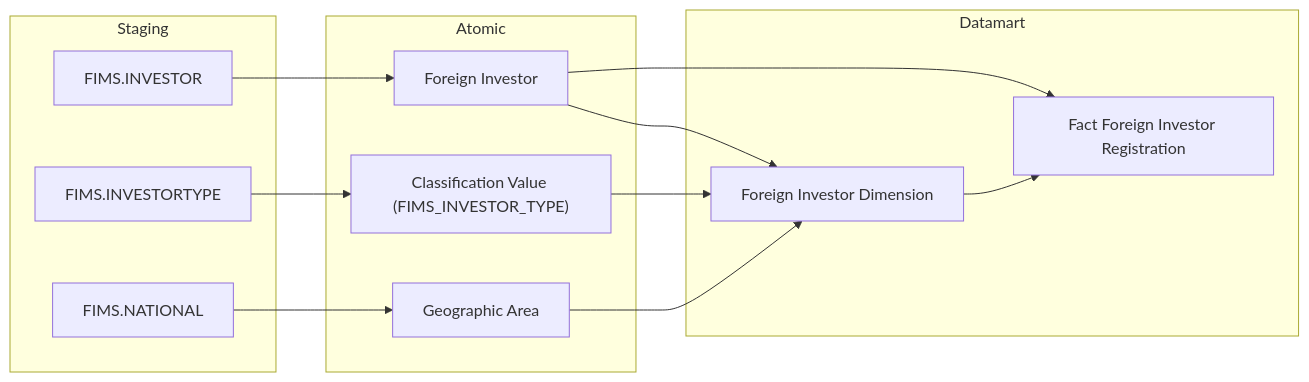
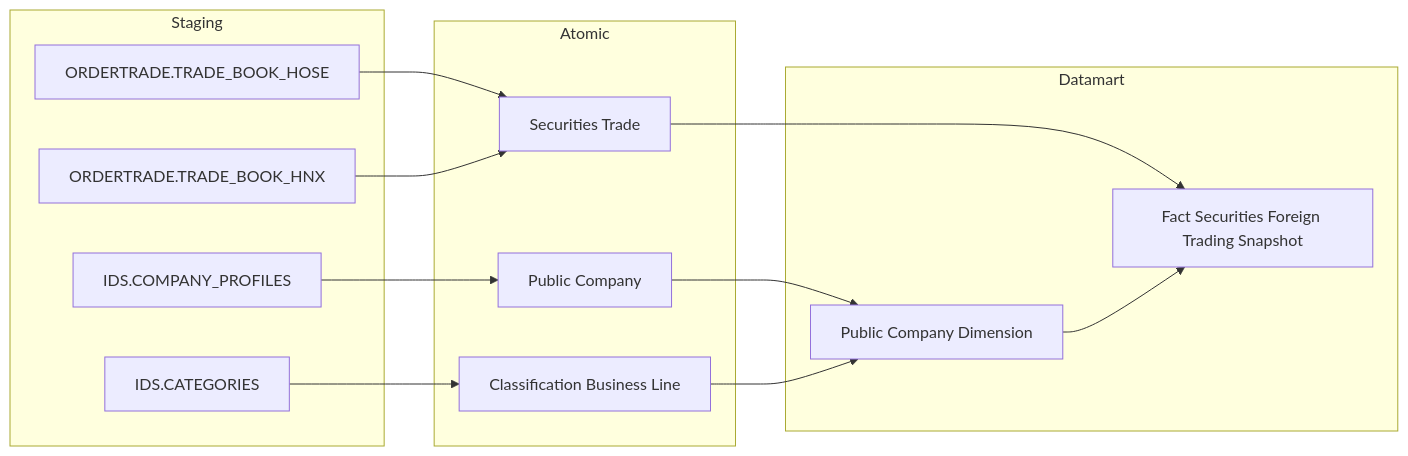
The first of 28 diagrams in Datamart/hld/DTM_NDTNN_HLD.md (linhlvit/ubck_atomic_design), drawn with Mermaid before and after one commit. The commit also changed other lines of this file and 9 other files, not shown here.

````diff
--- a/Datamart/hld/DTM_NDTNN_HLD.md
+++ b/Datamart/hld/DTM_NDTNN_HLD.md
@@ -23,30 +23,30 @@
 ```mermaid
 flowchart LR
     subgraph SRC["Staging"]
-        S1["FIMS.INVESTOR"]
-        S2["FIMS.INVESTORTYPE"]
-        S3["FIMS.NATIONAL"]
+        S1["ORDERTRADE.TRADE_BOOK_HOSE"]
+        S2["ORDERTRADE.TRADE_BOOK_HNX"]
+        S3["IDS.COMPANY_PROFILES"]
+        S4["IDS.CATEGORIES"]
     end
 
     subgraph SIL["Atomic"]
-        SV1["Foreign Investor"]
-        SV2["Classification Value (FIMS_INVESTOR_TYPE)"]
-        SV3["Geographic Area"]
+        SV1["Securities Trade"]
+        SV2["Public Company"]
+        SV3["Classification Business Line"]
     end
 
     subgraph Datamart["Datamart"]
-        G2["Foreign Investor Dimension"]
-        G1["Fact Foreign Investor Registration"]
+        G1["Fact Securities Foreign Trading Snapshot"]
+        G2["Public Company Dimension"]
     end
 
     S1 --> SV1
-    S2 --> SV2
-    S3 --> SV3
+    S2 --> SV1
+    S3 --> SV2
+    S4 --> SV3
 
     SV1 --> G1
-    SV1 --> G2
     SV2 --> G2
     SV3 --> G2
-
     G2 --> G1
 ```
````
